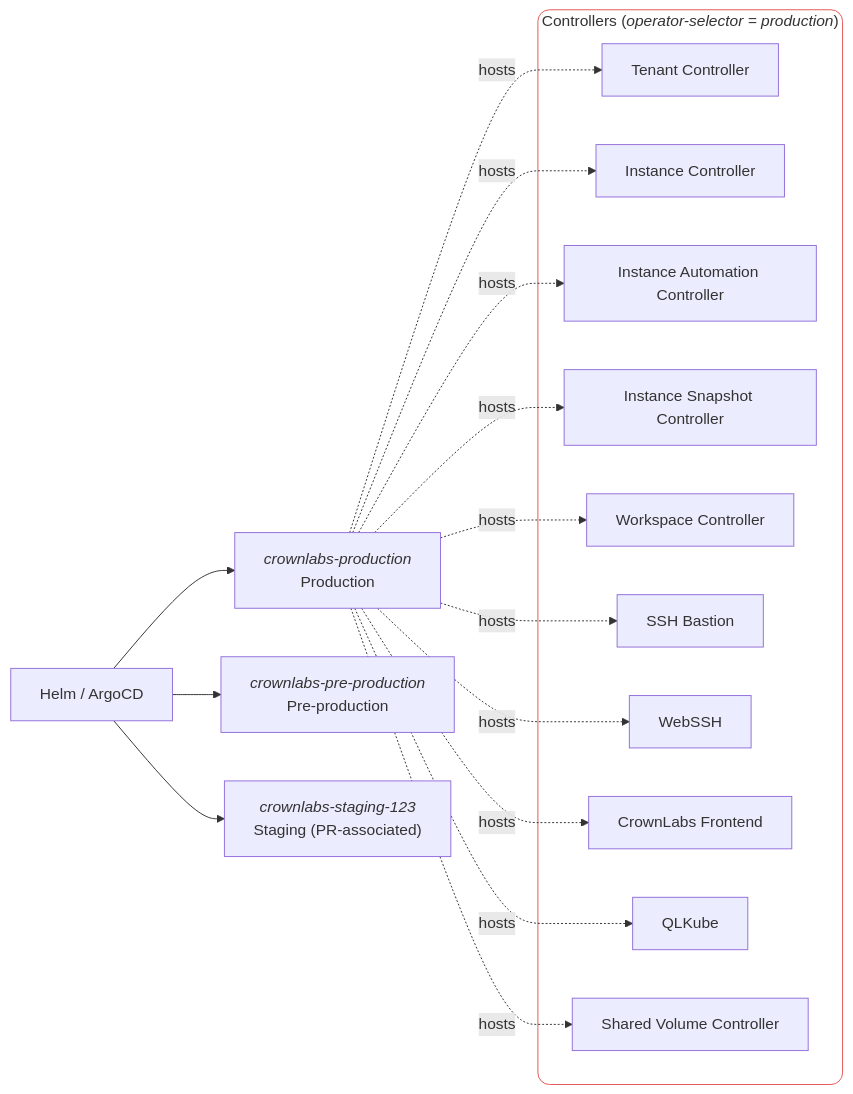
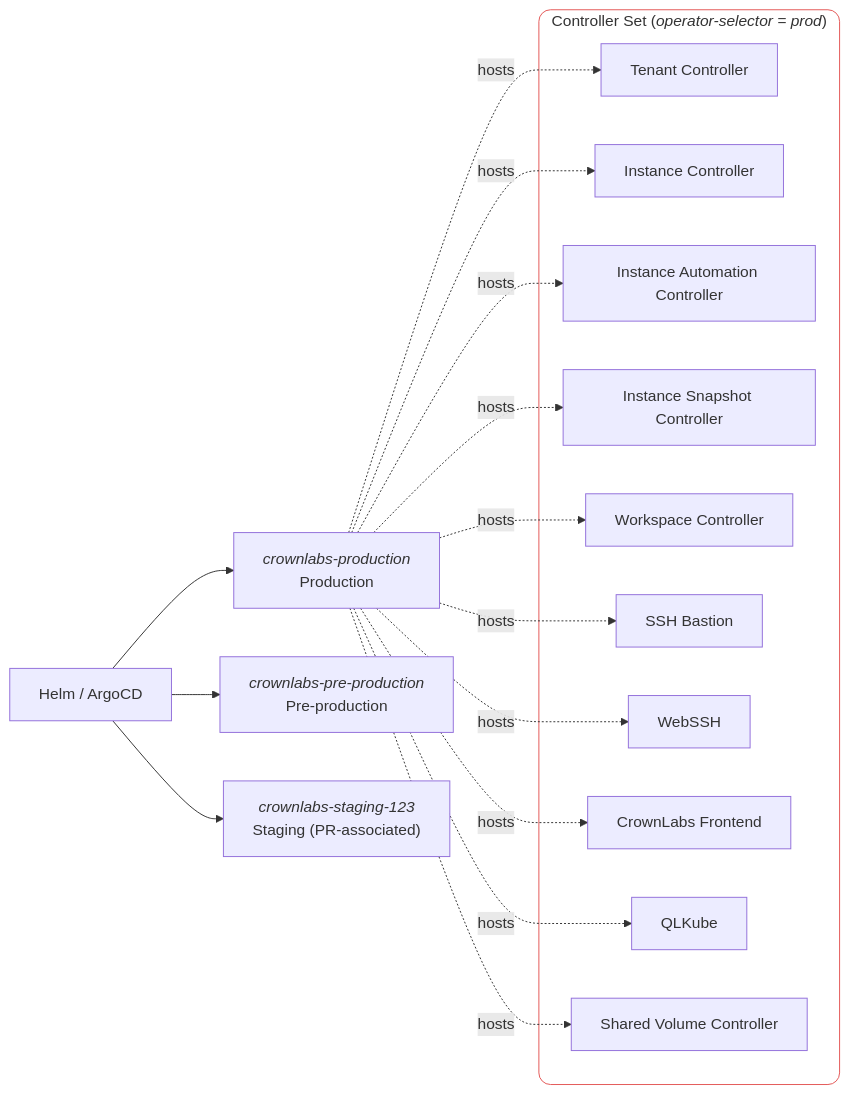
One commit to netgroup-polito/CrownLabs changed the third of 7 diagrams in BIGPICTURE.md. Above: the diagram before and after it, drawn with Mermaid. The commit also changed other lines of this file, not shown here.

Commit message:
added graph for frontend and gateway + new color for frontend

````diff
--- a/BIGPICTURE.md
+++ b/BIGPICTURE.md
@@ -111,43 +117,41 @@
 ```mermaid
 flowchart LR
 
 ArgoHelm["Helm / ArgoCD"] 
 ProdDeploy["`_crownlabs-production_
     Production`"]
 PreProdDeploy["`_crownlabs-pre-production_
     Pre-production`"]
 StagingDeploy["`_crownlabs-staging-123_
     Staging (PR-associated)`"]
-
-ArgoHelm --> ProdDeploy
-ArgoHelm --> PreProdDeploy
-ArgoHelm --> StagingDeploy
-
-subgraph Controllers["`Controllers (_operator-selector = production_)`"]
+subgraph Controllers["`Controller Set (_operator-selector = prod_)`"]
     TenantController["Tenant Controller"]
     InstanceController["Instance Controller"]
     InstanceAutomationController["Instance Automation Controller"]
     InstanceSnapshotController["Instance Snapshot Controller"]
     WorkspaceController["Workspace Controller"]
     BastionController["SSH Bastion"]
     WebSSHController["WebSSH"]
     FrontendController["CrownLabs Frontend"]
     QLKubeController["QLKube"]
     ShVolController["Shared Volume Controller"]
 end
 
+ArgoHelm --> ProdDeploy
+ArgoHelm --> PreProdDeploy
+ArgoHelm --> StagingDeploy
 ProdDeploy -. hosts .-> WorkspaceController
 ProdDeploy -. hosts .-> TenantController
 ProdDeploy -. hosts .-> InstanceController
 ProdDeploy -. hosts .-> InstanceAutomationController
 ProdDeploy -. hosts .-> InstanceSnapshotController
 ProdDeploy -. hosts .-> BastionController
 ProdDeploy -. hosts .-> WebSSHController
 ProdDeploy -. hosts .-> FrontendController
 ProdDeploy -. hosts .-> QLKubeController
 ProdDeploy -. hosts .-> ShVolController
 
 classDef ControllerBS stroke:#E45756,rx:12,ry:12,fill:none
 
 class Controllers ControllerBS
 ```
````
